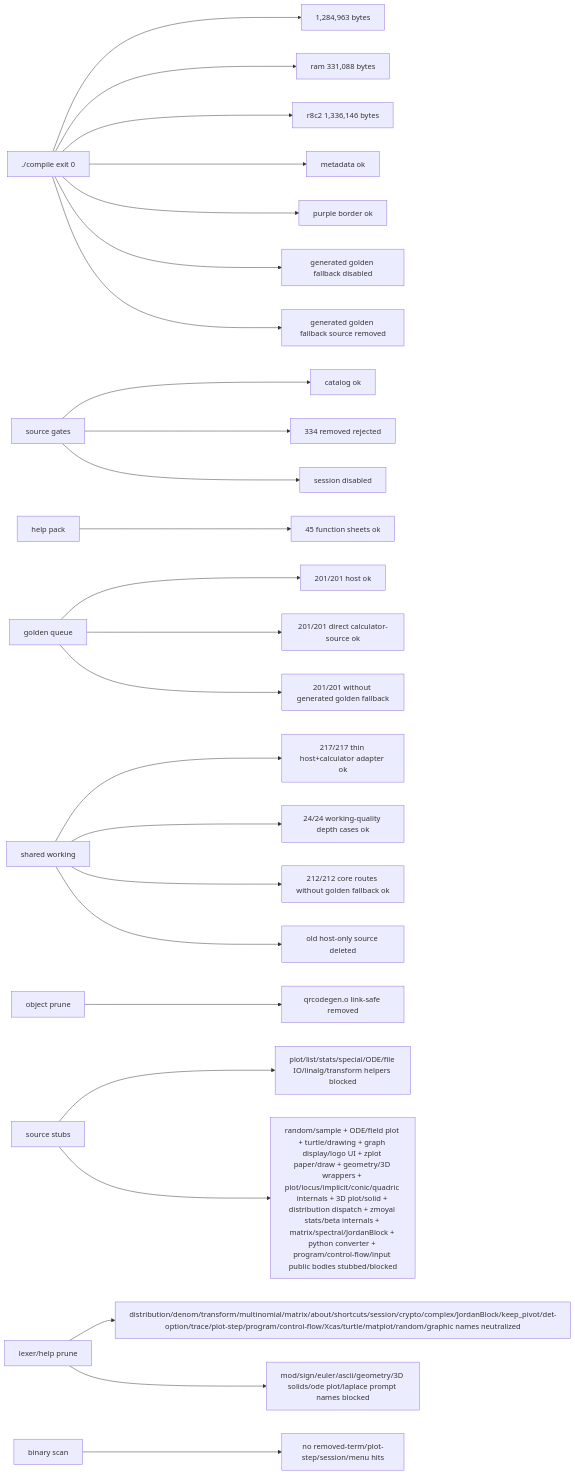
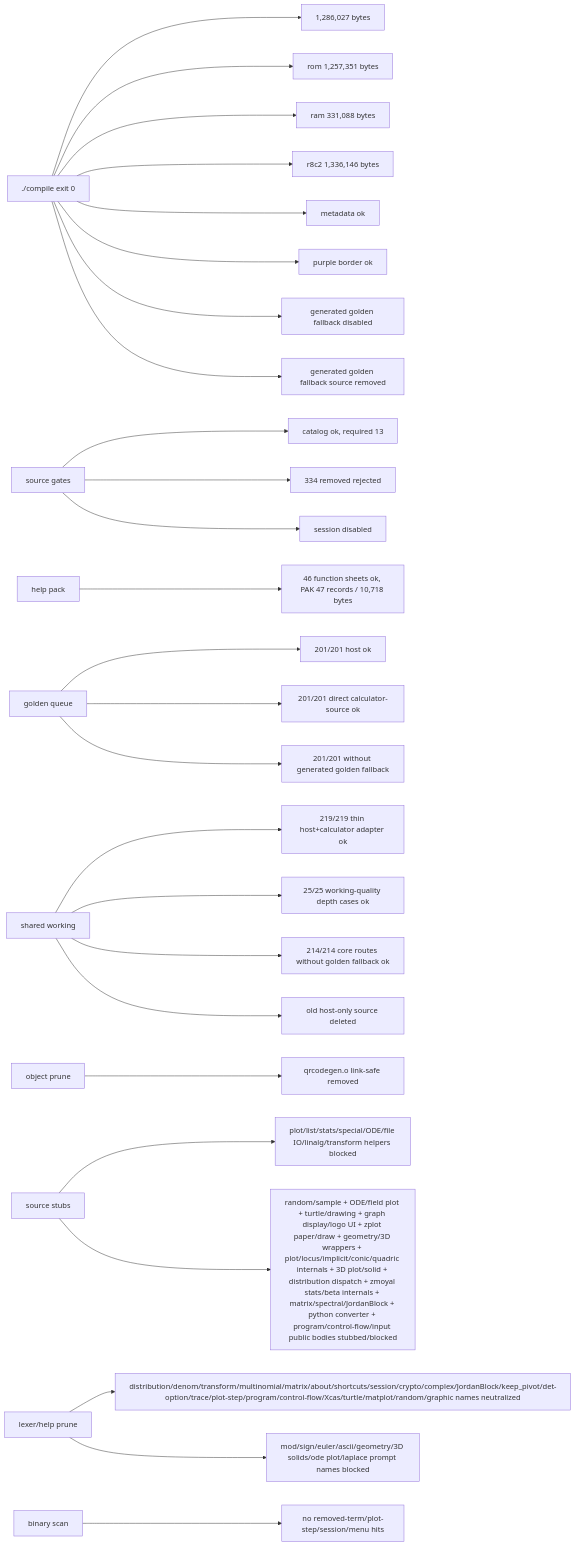
The seventh of 7 diagrams in docs/GRAPH.md (james8464/notes-addin-casio-fx-cg50), drawn with Mermaid before and after one commit. The commit also changed other lines of this file and 7 other files, not shown here.

````diff
--- a/docs/GRAPH.md
+++ b/docs/GRAPH.md
@@ -193,27 +193,28 @@
 ```mermaid
 graph LR
-  Build["./compile exit 0"] --> Size["1,284,963 bytes"]
+  Build["./compile exit 0"] --> Size["1,286,027 bytes"]
+  Build --> Rom["rom 1,257,351 bytes"]
   Build --> Ram["ram 331,088 bytes"]
   Build --> R8C2["r8c2 1,336,146 bytes"]
   Build --> Meta["metadata ok"]
   Build --> Border["purple border ok"]
   Build --> NoRuntimeFallback["generated golden fallback disabled"]
   Build --> NoRuntimeSource["generated golden fallback source removed"]
-  Source["source gates"] --> Catalog["catalog ok"]
+  Source["source gates"] --> Catalog["catalog ok, required 13"]
   Source --> Removed["334 removed rejected"]
   Source --> Session["session disabled"]
-  Help["help pack"] --> HelpQ["45 function sheets ok"]
+  Help["help pack"] --> HelpQ["46 function sheets ok, PAK 47 records / 10,718 bytes"]
   Queue["golden queue"] --> QueueRun["201/201 host ok"]
   Queue --> GoldenRun["201/201 direct calculator-source ok"]
   Queue --> NoGolden["201/201 without generated golden fallback"]
-  Shared["shared working"] --> SharedRun["217/217 thin host+calculator adapter ok"]
-  Shared --> WorkQ["24/24 working-quality depth cases ok"]
-  Shared --> CoreRun["212/212 core routes without golden fallback ok"]
+  Shared["shared working"] --> SharedRun["219/219 thin host+calculator adapter ok"]
+  Shared --> WorkQ["25/25 working-quality depth cases ok"]
+  Shared --> CoreRun["214/214 core routes without golden fallback ok"]
   Shared --> NoHostSrc["old host-only source deleted"]
   Obj["object prune"] --> QR["qrcodegen.o link-safe removed"]
   Macro["source stubs"] --> Stubbed["plot/list/stats/special/ODE/file IO/linalg/transform helpers blocked"]
   Macro --> RuntimeStubbed["random/sample + ODE/field plot + turtle/drawing + graph display/logo UI + zplot paper/draw + geometry/3D wrappers + plot/locus/implicit/conic/quadric internals + 3D plot/solid + distribution dispatch + zmoyal stats/beta internals + matrix/spectral/JordanBlock + python converter + program/control-flow/input public bodies stubbed/blocked"]
   Static["lexer/help prune"] --> StaticRun["distribution/denom/transform/multinomial/matrix/about/shortcuts/session/crypto/complex/JordanBlock/keep_pivot/det-option/trace/plot-step/program/control-flow/Xcas/turtle/matplot/random/graphic names neutralized"]
   Static --> PromptRun["mod/sign/euler/ascii/geometry/3D solids/ode plot/laplace prompt names blocked"]
   Bin["binary scan"] --> NoLeak["no removed-term/plot-step/session/menu hits"]
 ```
````
